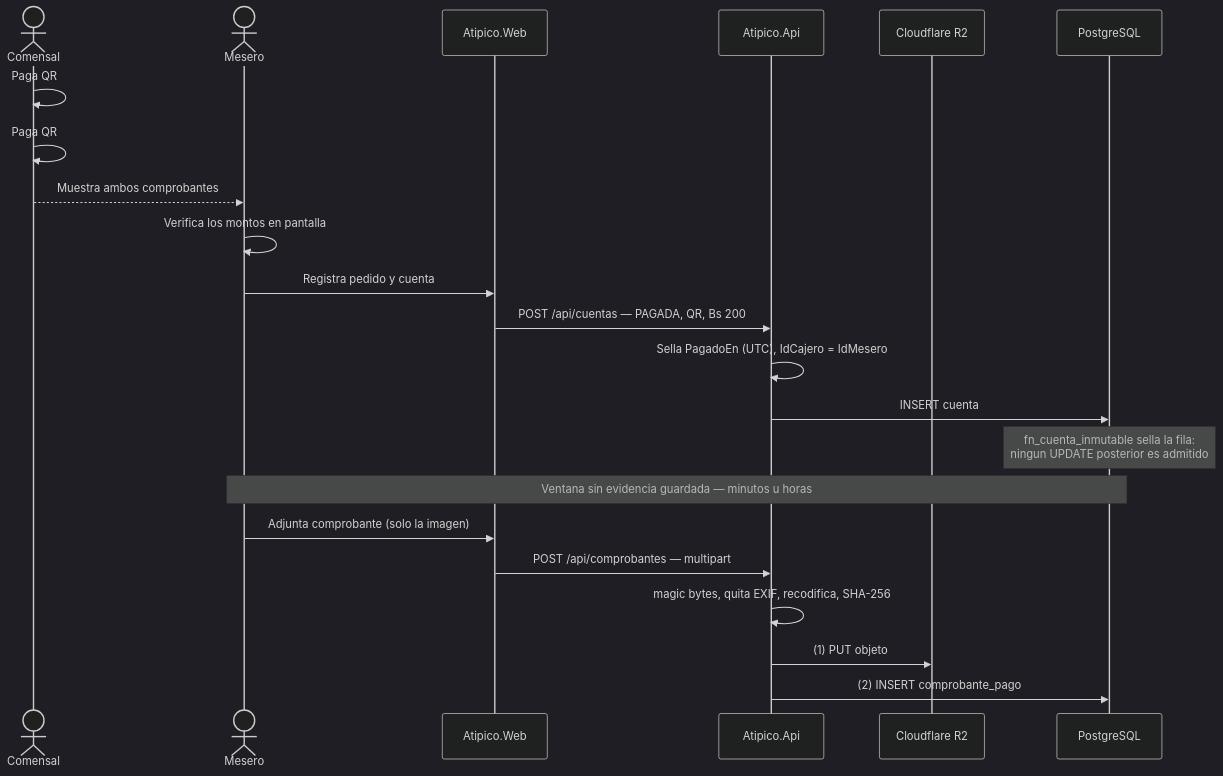
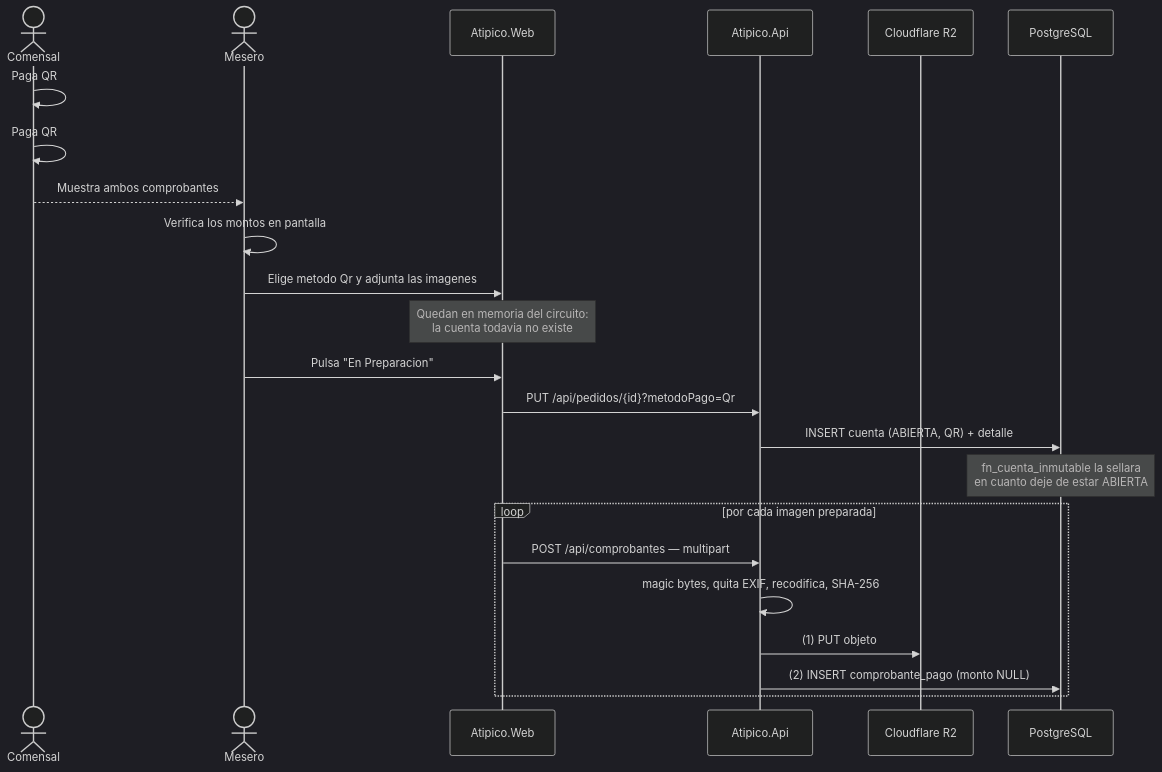
The first of 2 diagrams in docs/comprobantes-qr.md (caverop/atipico), drawn with Mermaid (dark theme) before and after one commit. The commit also changed other lines of this file, not shown here.

````diff
--- a/docs/comprobantes-qr.md
+++ b/docs/comprobantes-qr.md
@@ -37,28 +37,29 @@
 ```mermaid
 sequenceDiagram
     actor C as Comensal
     actor M as Mesero
     participant W as Atipico.Web
     participant A as Atipico.Api
     participant R2 as Cloudflare R2
     participant DB as PostgreSQL
 
     C->>C: Paga QR #1 (Bs 120) — saldo insuficiente
     C->>C: Paga QR #2 (Bs 80)
     C-->>M: Muestra ambos comprobantes
     M->>M: Verifica los montos en pantalla
 
-    M->>W: Registra pedido y cuenta
-    W->>A: POST /api/cuentas — PAGADA, QR, Bs 200
-    A->>A: Sella PagadoEn (UTC), IdCajero = IdMesero
-    A->>DB: INSERT cuenta
-    Note over DB: fn_cuenta_inmutable sella la fila:<br/>ningun UPDATE posterior es admitido
+    M->>W: Elige metodo Qr y adjunta las imagenes
+    Note over W: Quedan en memoria del circuito:<br/>la cuenta todavia no existe
 
-    Note over M,DB: Ventana sin evidencia guardada — minutos u horas
+    M->>W: Pulsa "En Preparacion"
+    W->>A: PUT /api/pedidos/{id}?metodoPago=Qr
+    A->>DB: INSERT cuenta (ABIERTA, QR) + detalle
+    Note over DB: fn_cuenta_inmutable la sellara<br/>en cuanto deje de estar ABIERTA
 
-    M->>W: Adjunta comprobante (solo la imagen)
-    W->>A: POST /api/comprobantes — multipart
-    A->>A: magic bytes, quita EXIF, recodifica, SHA-256
-    A->>R2: (1) PUT objeto
-    A->>DB: (2) INSERT comprobante_pago
+    loop por cada imagen preparada
+        W->>A: POST /api/comprobantes — multipart
+        A->>A: magic bytes, quita EXIF, recodifica, SHA-256
+        A->>R2: (1) PUT objeto
+        A->>DB: (2) INSERT comprobante_pago (monto NULL)
+    end
 ```
````
